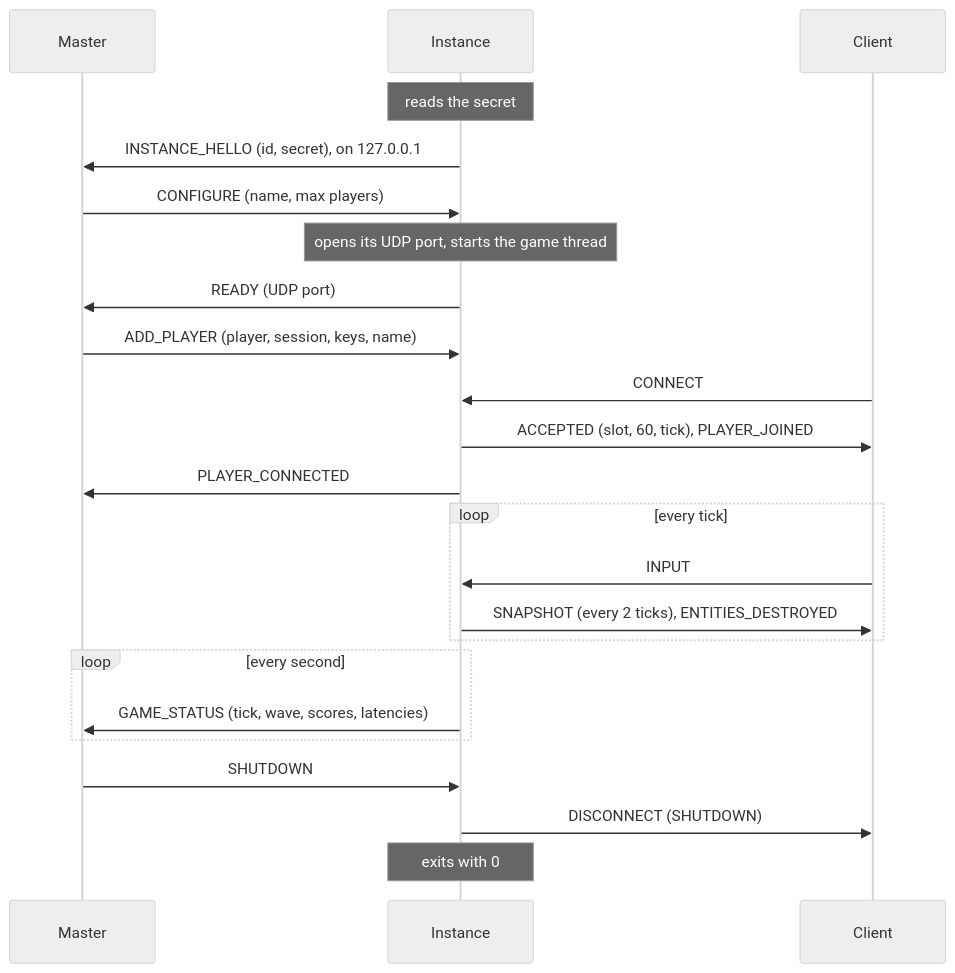
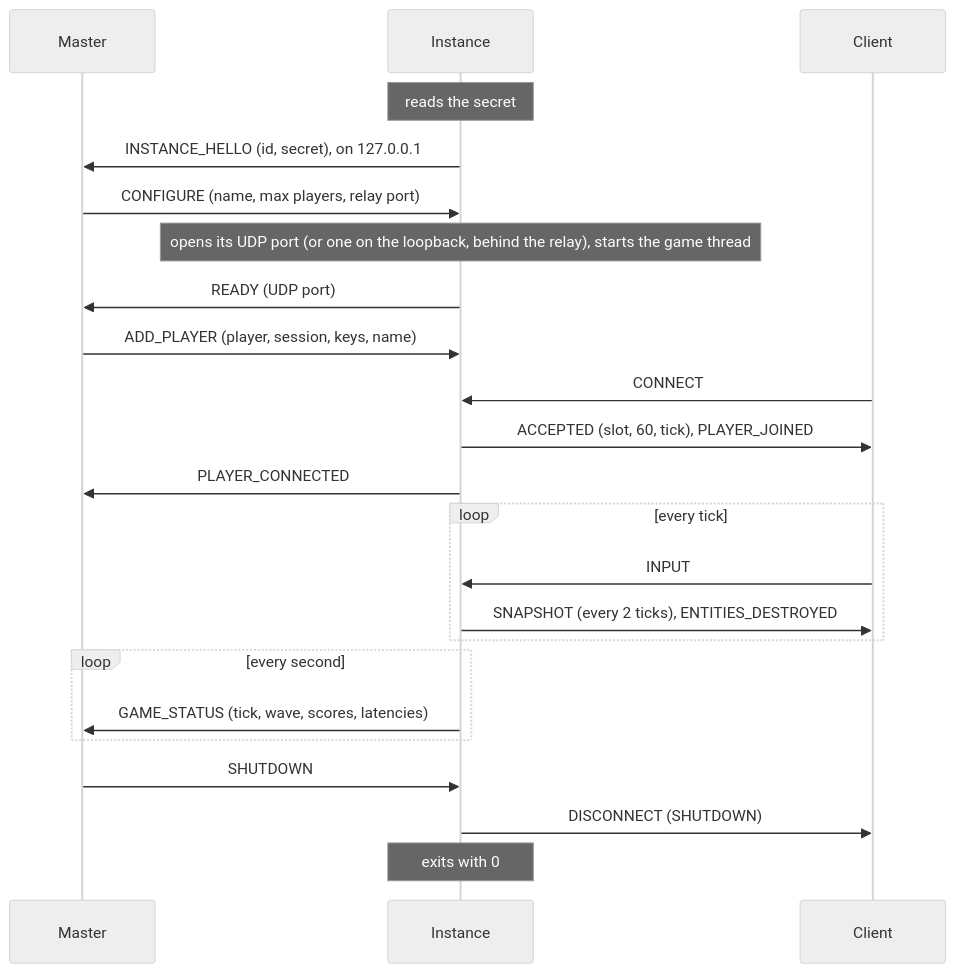
One commit to Akinator31/Rtype changed the fourth of 6 diagrams in docs/architecture/server.md. Above: the diagram before and after it, drawn with Mermaid (neutral theme). The commit also changed other lines of this file and 2 other files, not shown here.

Commit message:
docs(server): describe the relay frame and instances protocol 4

````diff
--- a/docs/architecture/server.md
+++ b/docs/architecture/server.md
@@ -355,25 +357,25 @@
 ```mermaid
 sequenceDiagram
     participant M as Master
     participant I as Instance
     participant C as Client
     Note over I: reads the secret
     I->>M: INSTANCE_HELLO (id, secret), on 127.0.0.1
-    M->>I: CONFIGURE (name, max players)
-    Note over I: opens its UDP port, starts the game thread
+    M->>I: CONFIGURE (name, max players, relay port)
+    Note over I: opens its UDP port (or one on the loopback, behind the relay), starts the game thread
     I->>M: READY (UDP port)
     M->>I: ADD_PLAYER (player, session, keys, name)
     C->>I: CONNECT
     I->>C: ACCEPTED (slot, 60, tick), PLAYER_JOINED
     I->>M: PLAYER_CONNECTED
     loop every tick
         C->>I: INPUT
         I->>C: SNAPSHOT (every 2 ticks), ENTITIES_DESTROYED
     end
     loop every second
         I->>M: GAME_STATUS (tick, wave, scores, latencies)
     end
     M->>I: SHUTDOWN
     I->>C: DISCONNECT (SHUTDOWN)
     Note over I: exits with 0
 ```
````
